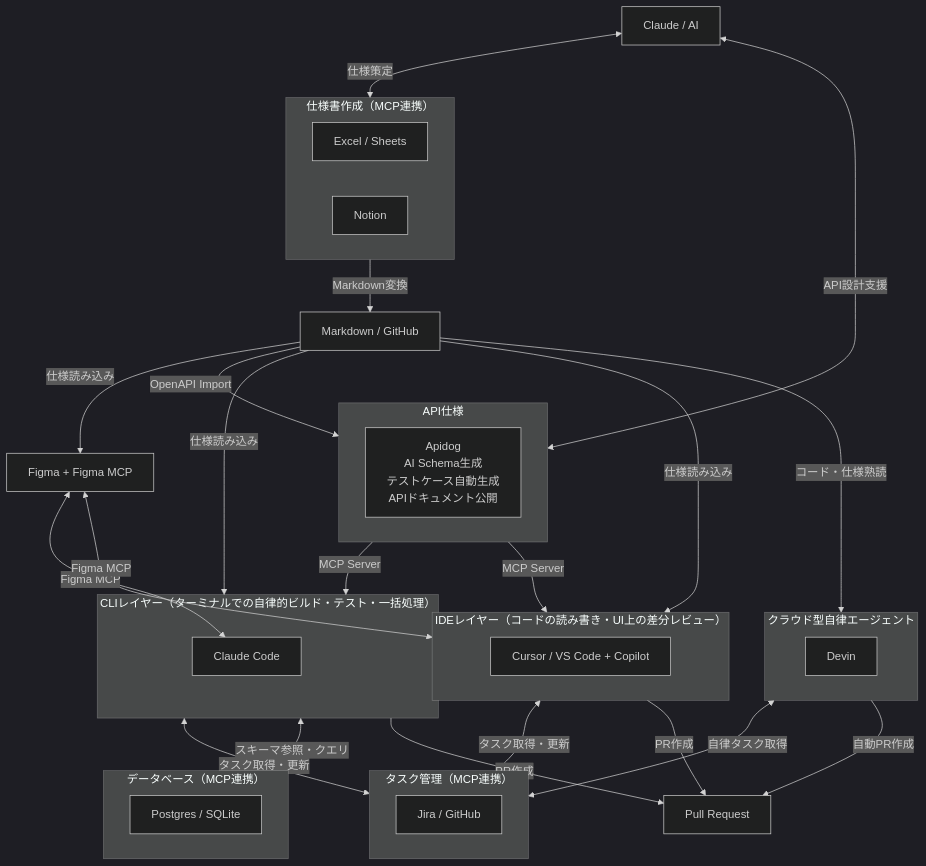
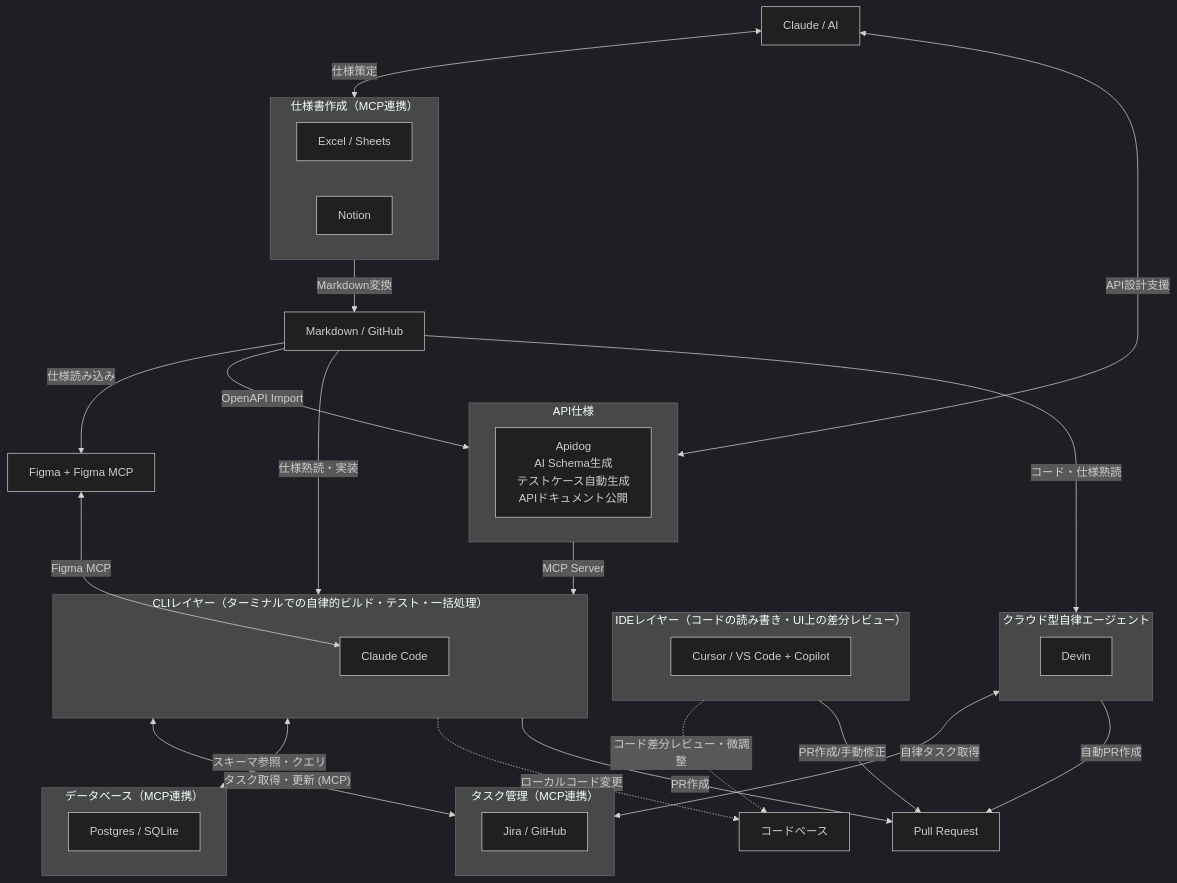
One commit to takuma39/ai changed the first of 20 diagrams in AI駆動開発.md. Above: the diagram before and after it, drawn with Mermaid (dark theme). The commit also changed other lines of this file, not shown here.

````diff
--- a/AI駆動開発.md
+++ b/AI駆動開発.md
@@ -70,56 +70,54 @@
 ```mermaid
 graph TD
     Claude["Claude / AI"]
 
     subgraph specs["仕様書作成（MCP連携）"]
         Excel["Excel / Sheets"]
         NotionTool["Notion"]
     end
 
     subgraph tasks["タスク管理（MCP連携）"]
         Jira["Jira / GitHub"]
     end
 
     subgraph apispec["API仕様"]
         Apidog["Apidog<br/>AI Schema生成<br/>テストケース自動生成<br/>APIドキュメント公開"]
     end
 
     MD["Markdown / GitHub"]
     Figma["Figma + Figma MCP"]
 
     subgraph ide["IDEレイヤー（コードの読み書き・UI上の差分レビュー）"]
         Cursor["Cursor / VS Code + Copilot"]
     end
 
     subgraph cli["CLIレイヤー（ターミナルでの自律的ビルド・テスト・一括処理）"]
         CC["Claude Code"]
     end
 
     subgraph saas_agent["クラウド型自律エージェント"]
         Devin["Devin"]
     end
 
     subgraph database["データベース（MCP連携）"]
         DB["Postgres / SQLite"]
     end
 
     Claude <-->|"仕様策定"| specs
     Claude <-->|"API設計支援"| apispec
-    cli <-->|"タスク取得・更新"| tasks
-    ide <-->|"タスク取得・更新"| tasks
+    cli <-->|"タスク取得・更新 (MCP)"| tasks
     saas_agent <-->|"自律タスク取得"| tasks
     specs -->|"Markdown変換"| MD
     MD -->|"OpenAPI Import"| apispec
     apispec -->|"MCP Server"| cli
-    apispec -->|"MCP Server"| ide
     MD -->|"仕様読み込み"| Figma
     Figma <-->|"Figma MCP"| CC
-    Figma <-->|"Figma MCP"| ide
-    MD -->|"仕様読み込み"| cli
-    MD -->|"仕様読み込み"| ide
+    MD -->|"仕様熟読・実装"| cli
     MD -->|"コード・仕様熟読"| saas_agent
     cli <-->|"スキーマ参照・クエリ"| database
+    cli -.->|"ローカルコード変更"| code["コードベース"]
+    ide -.->|"コード差分レビュー・微調整"| code
     cli -->|"PR作成"| PR["Pull Request"]
-    ide -->|"PR作成"| PR
+    ide -->|"PR作成/手動修正"| PR
     saas_agent -->|"自動PR作成"| PR
 ```
````
